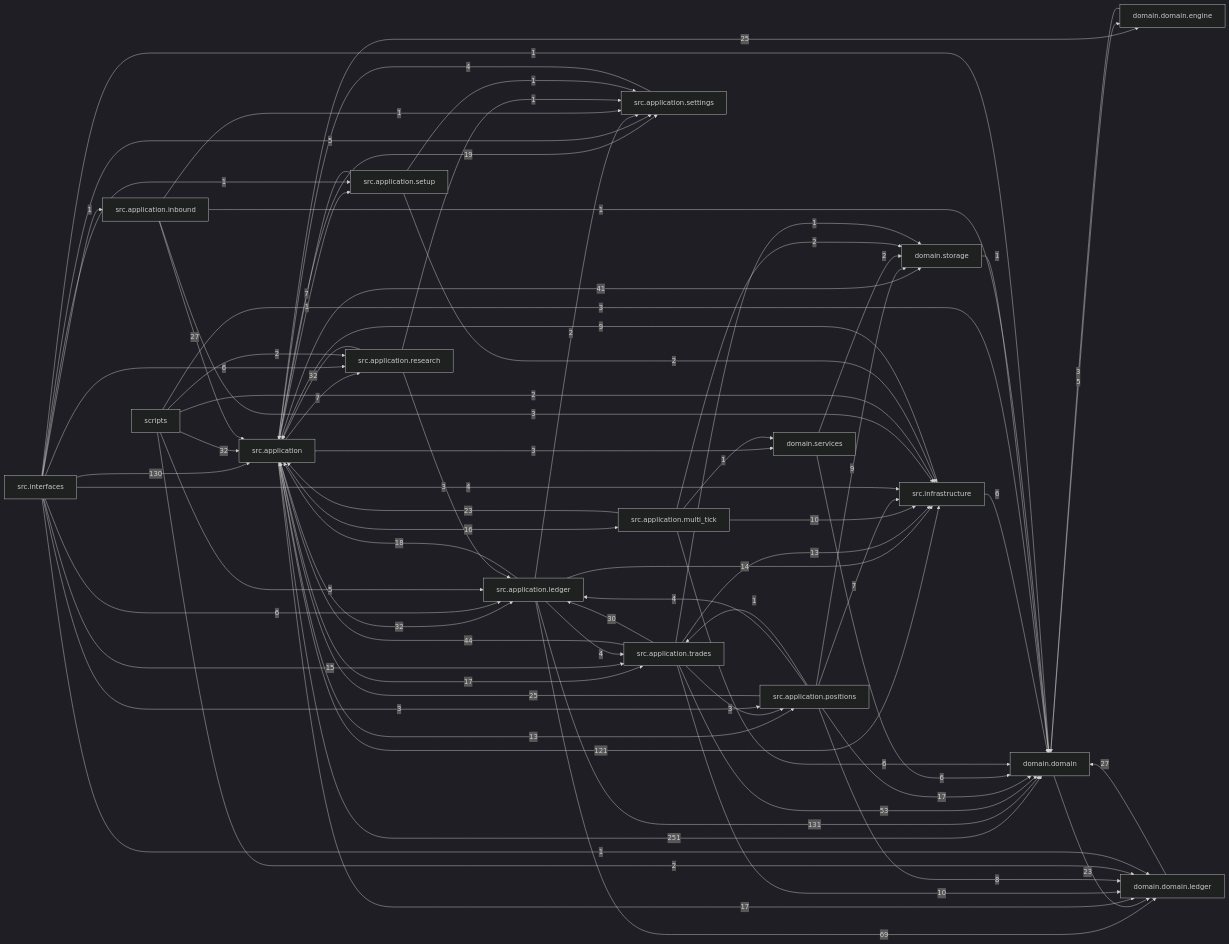
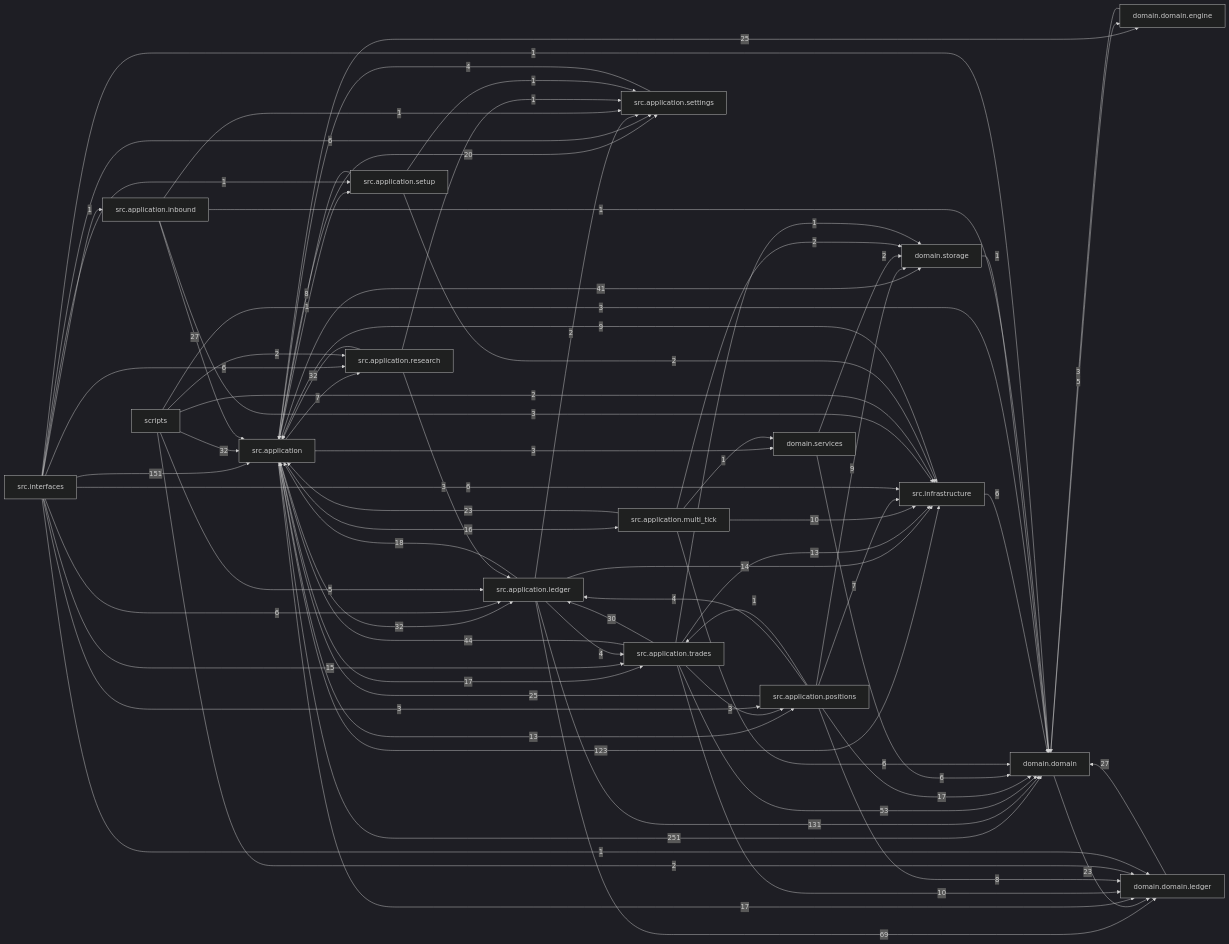
Before and after one commit to liuxie066/options-monitor: the diagram in docs/dependency_graph.mmd, drawn with Mermaid (dark theme). The commit also changed 20 other files, not shown here.

```diff
--- a/docs/dependency_graph.mmd
+++ b/docs/dependency_graph.mmd
@@ -1,76 +1,76 @@
 flowchart LR
   src_application["src.application"] -->|251| domain_domain["domain.domain"]
+  src_interfaces["src.interfaces"] -->|151| src_application["src.application"]
   src_application_ledger["src.application.ledger"] -->|131| domain_domain["domain.domain"]
-  src_interfaces["src.interfaces"] -->|130| src_application["src.application"]
-  src_application["src.application"] -->|121| src_infrastructure["src.infrastructure"]
+  src_application["src.application"] -->|123| src_infrastructure["src.infrastructure"]
   src_application_ledger["src.application.ledger"] -->|69| domain_domain_ledger["domain.domain.ledger"]
   src_application_trades["src.application.trades"] -->|53| domain_domain["domain.domain"]
   src_application_trades["src.application.trades"] -->|44| src_application["src.application"]
   src_application["src.application"] -->|41| domain_storage["domain.storage"]
   scripts["scripts"] -->|32| src_application["src.application"]
   src_application["src.application"] -->|32| src_application_ledger["src.application.ledger"]
   src_application_research["src.application.research"] -->|32| src_application["src.application"]
   src_application_trades["src.application.trades"] -->|30| src_application_ledger["src.application.ledger"]
   domain_domain_ledger["domain.domain.ledger"] -->|27| domain_domain["domain.domain"]
   src_application_inbound["src.application.inbound"] -->|27| src_application["src.application"]
   src_application["src.application"] -->|25| domain_domain_engine["domain.domain.engine"]
   src_application_positions["src.application.positions"] -->|25| src_application["src.application"]
   domain_domain["domain.domain"] -->|23| domain_domain_ledger["domain.domain.ledger"]
   src_application_multi_tick["src.application.multi_tick"] -->|23| src_application["src.application"]
-  src_application["src.application"] -->|19| src_application_settings["src.application.settings"]
+  src_application["src.application"] -->|20| src_application_settings["src.application.settings"]
   src_application_ledger["src.application.ledger"] -->|18| src_application["src.application"]
   src_application["src.application"] -->|17| domain_domain_ledger["domain.domain.ledger"]
   src_application["src.application"] -->|17| src_application_trades["src.application.trades"]
   src_application_positions["src.application.positions"] -->|17| domain_domain["domain.domain"]
   src_application["src.application"] -->|16| src_application_multi_tick["src.application.multi_tick"]
   src_interfaces["src.interfaces"] -->|15| src_application_trades["src.application.trades"]
   src_application_ledger["src.application.ledger"] -->|14| src_infrastructure["src.infrastructure"]
   src_application["src.application"] -->|13| src_application_positions["src.application.positions"]
   src_application_trades["src.application.trades"] -->|13| src_infrastructure["src.infrastructure"]
   src_application_multi_tick["src.application.multi_tick"] -->|10| src_infrastructure["src.infrastructure"]
   src_application_trades["src.application.trades"] -->|10| domain_domain_ledger["domain.domain.ledger"]
   src_application_positions["src.application.positions"] -->|9| domain_storage["domain.storage"]
   src_infrastructure["src.infrastructure"] -->|9| src_application["src.application"]
   src_application_positions["src.application.positions"] -->|8| domain_domain_ledger["domain.domain.ledger"]
+  src_application_setup["src.application.setup"] -->|8| src_application["src.application"]
   src_application["src.application"] -->|7| src_application_research["src.application.research"]
   src_application_positions["src.application.positions"] -->|7| src_infrastructure["src.infrastructure"]
-  src_application_setup["src.application.setup"] -->|7| src_application["src.application"]
   domain_services["domain.services"] -->|6| domain_domain["domain.domain"]
   src_application_multi_tick["src.application.multi_tick"] -->|6| domain_domain["domain.domain"]
   src_infrastructure["src.infrastructure"] -->|6| domain_domain["domain.domain"]
   src_interfaces["src.interfaces"] -->|6| src_application_ledger["src.application.ledger"]
   src_interfaces["src.interfaces"] -->|6| src_application_research["src.application.research"]
+  src_interfaces["src.interfaces"] -->|6| src_application_settings["src.application.settings"]
+  src_interfaces["src.interfaces"] -->|6| src_infrastructure["src.infrastructure"]
   domain_domain["domain.domain"] -->|5| domain_domain_engine["domain.domain.engine"]
   scripts["scripts"] -->|5| src_application_ledger["src.application.ledger"]
-  src_interfaces["src.interfaces"] -->|5| src_application_settings["src.application.settings"]
   src_application_ledger["src.application.ledger"] -->|4| src_application_trades["src.application.trades"]
   src_application_positions["src.application.positions"] -->|4| src_application_ledger["src.application.ledger"]
   src_application_settings["src.application.settings"] -->|4| src_application["src.application"]
-  src_interfaces["src.interfaces"] -->|4| src_infrastructure["src.infrastructure"]
   domain_domain_engine["domain.domain.engine"] -->|3| domain_domain["domain.domain"]
   scripts["scripts"] -->|3| domain_domain["domain.domain"]
   src_application["src.application"] -->|3| domain_services["domain.services"]
   src_application_inbound["src.application.inbound"] -->|3| src_infrastructure["src.infrastructure"]
   src_application_research["src.application.research"] -->|3| src_application_ledger["src.application.ledger"]
   src_application_trades["src.application.trades"] -->|3| src_application_positions["src.application.positions"]
   src_interfaces["src.interfaces"] -->|3| src_application_positions["src.application.positions"]
   domain_services["domain.services"] -->|2| domain_storage["domain.storage"]
   scripts["scripts"] -->|2| domain_domain_ledger["domain.domain.ledger"]
   scripts["scripts"] -->|2| src_application_research["src.application.research"]
   scripts["scripts"] -->|2| src_infrastructure["src.infrastructure"]
   src_application_ledger["src.application.ledger"] -->|2| src_application_settings["src.application.settings"]
   src_application_multi_tick["src.application.multi_tick"] -->|2| domain_storage["domain.storage"]
   src_application_setup["src.application.setup"] -->|2| src_infrastructure["src.infrastructure"]
   domain_storage["domain.storage"] -->|1| domain_domain["domain.domain"]
   src_application["src.application"] -->|1| src_application_setup["src.application.setup"]
   src_application_inbound["src.application.inbound"] -->|1| domain_domain["domain.domain"]
   src_application_inbound["src.application.inbound"] -->|1| src_application_settings["src.application.settings"]
   src_application_multi_tick["src.application.multi_tick"] -->|1| domain_services["domain.services"]
   src_application_positions["src.application.positions"] -->|1| src_application_trades["src.application.trades"]
   src_application_research["src.application.research"] -->|1| src_application_settings["src.application.settings"]
   src_application_setup["src.application.setup"] -->|1| src_application_settings["src.application.settings"]
   src_application_trades["src.application.trades"] -->|1| domain_storage["domain.storage"]
   src_interfaces["src.interfaces"] -->|1| domain_domain["domain.domain"]
   src_interfaces["src.interfaces"] -->|1| domain_domain_ledger["domain.domain.ledger"]
   src_interfaces["src.interfaces"] -->|1| src_application_inbound["src.application.inbound"]
   src_interfaces["src.interfaces"] -->|1| src_application_setup["src.application.setup"]
```
